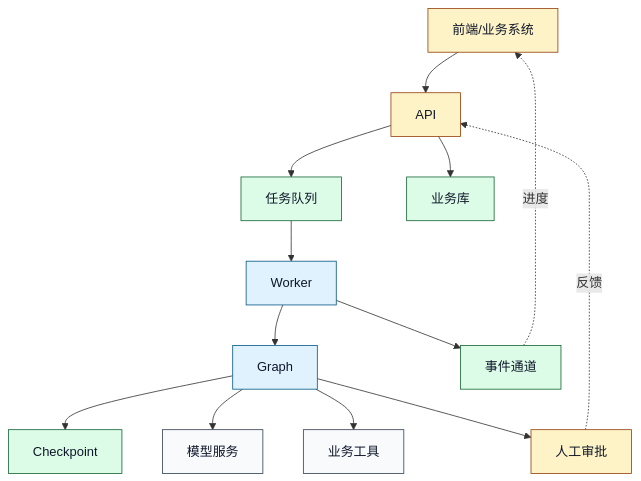
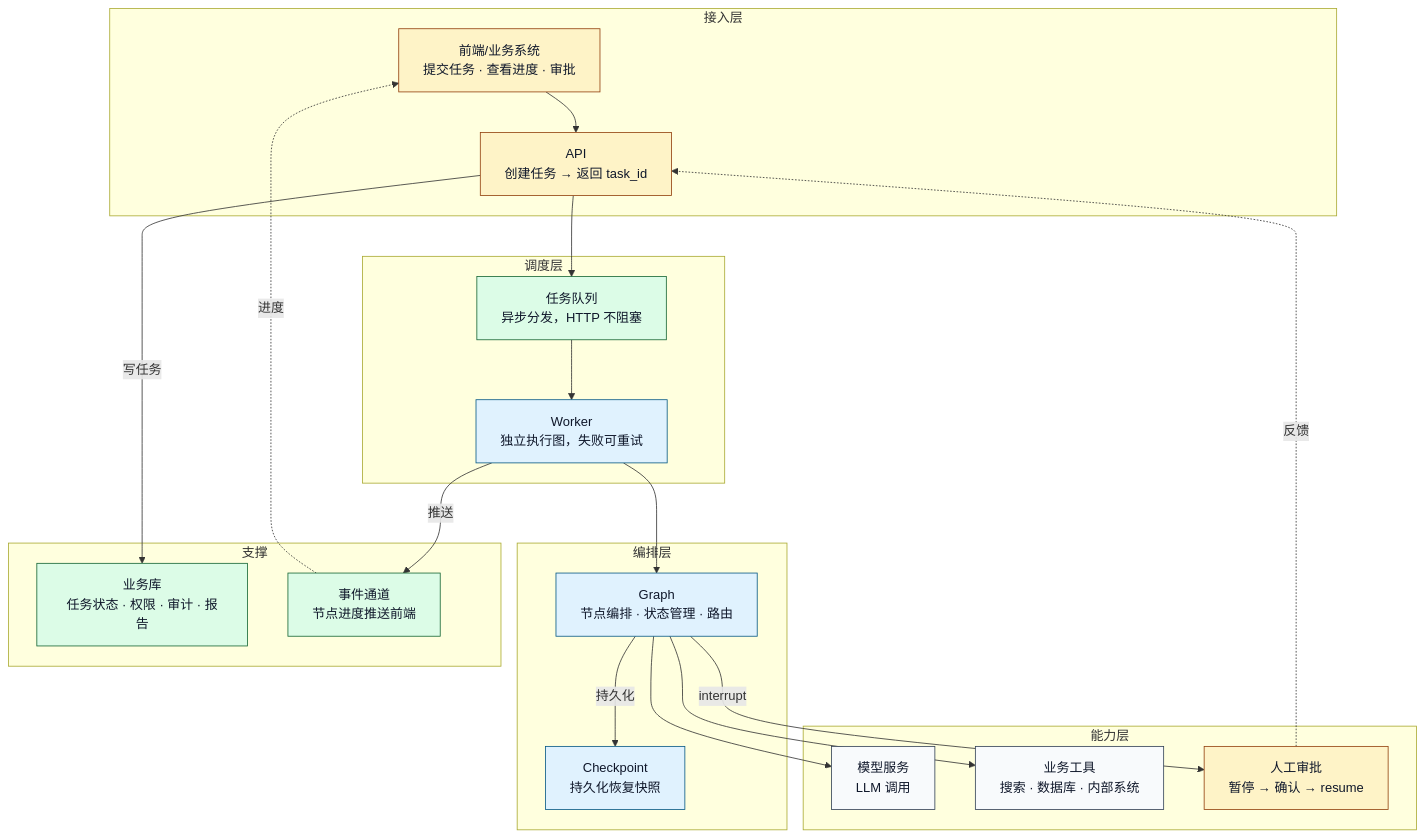
Before and after one commit to sealzrt/2026-08--agent: the seventh of 13 diagrams in ai-agent学习/06.LangGraph入门/16.LangGraph业务落地项目架构.md, drawn with Mermaid. The commit also changed other lines of this file and 13 other files, not shown here.

````diff
--- a/ai-agent学习/06.LangGraph入门/16.LangGraph业务落地项目架构.md
+++ b/ai-agent学习/06.LangGraph入门/16.LangGraph业务落地项目架构.md
@@ -217,23 +235,44 @@
 ```mermaid
 flowchart TD
-    Front[前端/业务系统] --> API[API]
-    API --> Queue[任务队列]
-    API --> BusinessDB[业务库]
-    Queue --> Worker[Worker]
-    Worker --> Graph[Graph]
-    Graph --> Checkpoint[Checkpoint]
-    Graph --> Model[模型服务]
-    Graph --> Tools[业务工具]
-    Graph --> Human[人工审批]
-    Worker --> Events[事件通道]
+    subgraph S1["接入层"]
+        Front["前端/业务系统<br/>提交任务 · 查看进度 · 审批"]
+        API["API<br/>创建任务 → 返回 task_id"]
+    end
+    subgraph S2["调度层"]
+        Queue["任务队列<br/>异步分发，HTTP 不阻塞"]
+        Worker["Worker<br/>独立执行图，失败可重试"]
+    end
+    subgraph S3["编排层"]
+        Graph["Graph<br/>节点编排 · 状态管理 · 路由"]
+        Checkpoint["Checkpoint<br/>持久化恢复快照"]
+    end
+    subgraph S4["能力层"]
+        Model["模型服务<br/>LLM 调用"]
+        Tools["业务工具<br/>搜索 · 数据库 · 内部系统"]
+        Human["人工审批<br/>暂停 → 确认 → resume"]
+    end
+    subgraph S5["支撑"]
+        BusinessDB["业务库<br/>任务状态 · 权限 · 审计 · 报告"]
+        Events["事件通道<br/>节点进度推送前端"]
+    end
+    Front --> API
+    API --> Queue
+    API -->|写任务| BusinessDB
+    Queue --> Worker
+    Worker --> Graph
+    Graph -->|持久化| Checkpoint
+    Graph --> Model
+    Graph --> Tools
+    Graph -->|interrupt| Human
+    Worker -->|推送| Events
     Events -.->|进度| Front
     Human -.->|反馈| API
     classDef biz fill:#fef3c7,stroke:#92400e,color:#0f172a
     classDef core fill:#e0f2fe,stroke:#075985,color:#0f172a
     classDef cap fill:#dcfce7,stroke:#166534,color:#0f172a
     classDef neutral fill:#f8fafc,stroke:#334155,color:#0f172a
     class Front,API,Human biz
-    class Worker,Graph core
-    class Queue,Checkpoint,Events,BusinessDB cap
+    class Worker,Graph,Checkpoint core
+    class Queue,Events,BusinessDB cap
     class Model,Tools neutral
 ```
````
